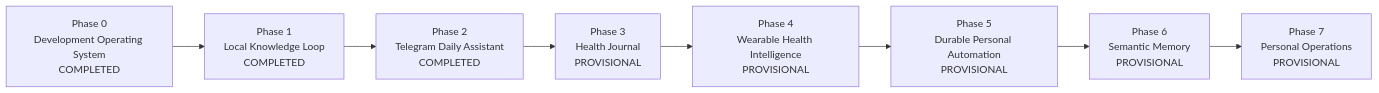
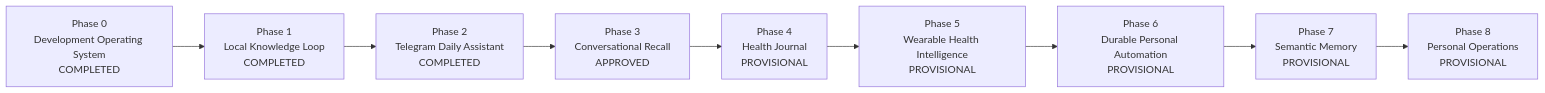
The diagram in docs/ROADMAP.md (bo-ora/PAIOS), drawn with Mermaid before and after one commit. The commit also changed other lines of this file and 4 other files, not shown here.

First line of the commit message:
docs: approve Phase 3 (Conversational Recall) scope, ADRs, and plan

````diff
--- a/docs/ROADMAP.md
+++ b/docs/ROADMAP.md
@@ -30,13 +41,14 @@
 ```mermaid
 flowchart LR
     P0["Phase 0<br/>Development Operating System<br/>COMPLETED"]
     P1["Phase 1<br/>Local Knowledge Loop<br/>COMPLETED"]
     P2["Phase 2<br/>Telegram Daily Assistant<br/>COMPLETED"]
-    P3["Phase 3<br/>Health Journal<br/>PROVISIONAL"]
-    P4["Phase 4<br/>Wearable Health Intelligence<br/>PROVISIONAL"]
-    P5["Phase 5<br/>Durable Personal Automation<br/>PROVISIONAL"]
-    P6["Phase 6<br/>Semantic Memory<br/>PROVISIONAL"]
-    P7["Phase 7<br/>Personal Operations<br/>PROVISIONAL"]
+    P3["Phase 3<br/>Conversational Recall<br/>APPROVED"]
+    P4["Phase 4<br/>Health Journal<br/>PROVISIONAL"]
+    P5["Phase 5<br/>Wearable Health Intelligence<br/>PROVISIONAL"]
+    P6["Phase 6<br/>Durable Personal Automation<br/>PROVISIONAL"]
+    P7["Phase 7<br/>Semantic Memory<br/>PROVISIONAL"]
+    P8["Phase 8<br/>Personal Operations<br/>PROVISIONAL"]
 
-    P0 --> P1 --> P2 --> P3 --> P4 --> P5 --> P6 --> P7
+    P0 --> P1 --> P2 --> P3 --> P4 --> P5 --> P6 --> P7 --> P8
 ```
````
